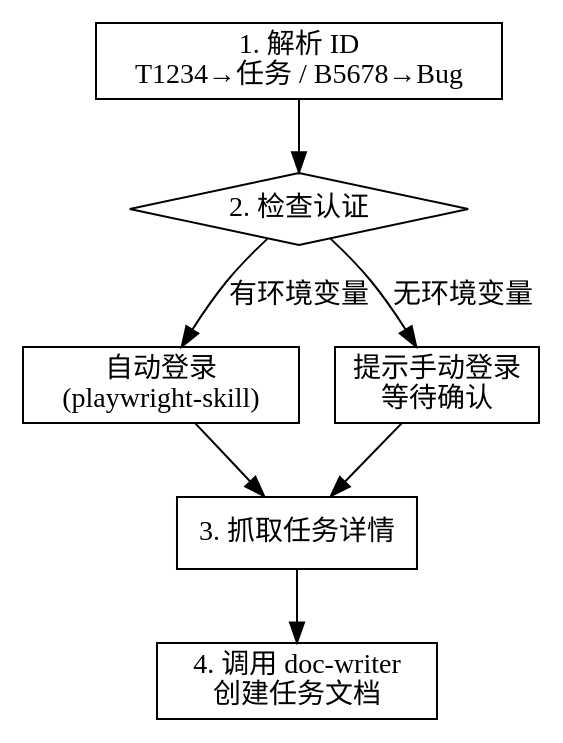
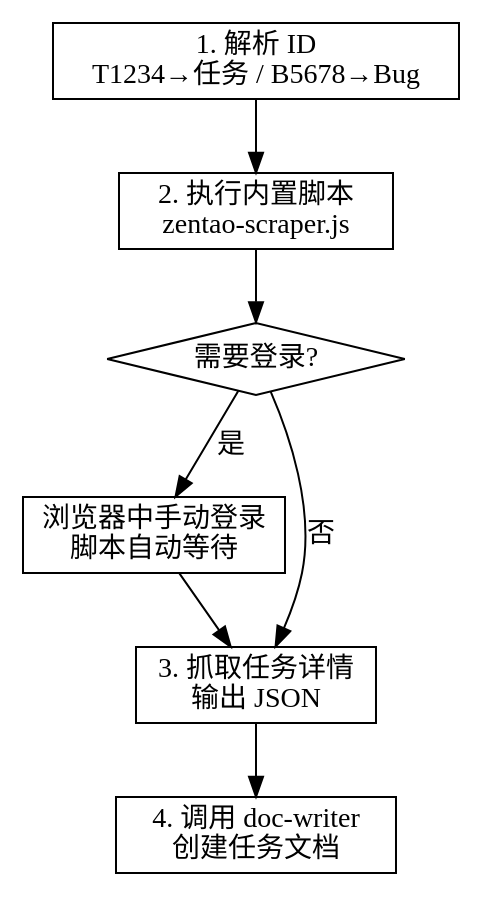
Before and after one commit to benbergg/froggo-skills: the diagram in skills/zentao-syncer/SKILL.md, drawn with Graphviz. The commit also changed other lines of this file and 1 other file, not shown here.

First line of the commit message:
feat(zentao-syncer): 添加内置 Playwright 脚本提升抓取效率 #0000

````diff
--- a/skills/zentao-syncer/SKILL.md
+++ b/skills/zentao-syncer/SKILL.md
@@ -33,20 +33,20 @@
 ```dot
 digraph flow {
     rankdir=TB;
     node [shape=box];
 
     parse [label="1. 解析 ID\nT1234→任务 / B5678→Bug"];
-    auth [label="2. 检查认证" shape=diamond];
-    auto [label="自动登录\n(playwright-skill)"];
-    manual [label="提示手动登录\n等待确认"];
-    fetch [label="3. 抓取任务详情"];
+    script [label="2. 执行内置脚本\nzentao-scraper.js"];
+    auth [label="需要登录?" shape=diamond];
+    manual [label="浏览器中手动登录\n脚本自动等待"];
+    fetch [label="3. 抓取任务详情\n输出 JSON"];
     create [label="4. 调用 doc-writer\n创建任务文档"];
 
-    parse -> auth;
-    auth -> auto [label="有环境变量"];
-    auth -> manual [label="无环境变量"];
-    auto -> fetch;
+    parse -> script;
+    script -> auth;
+    auth -> manual [label="是"];
+    auth -> fetch [label="否"];
     manual -> fetch;
     fetch -> create;
 }
 ```
````
